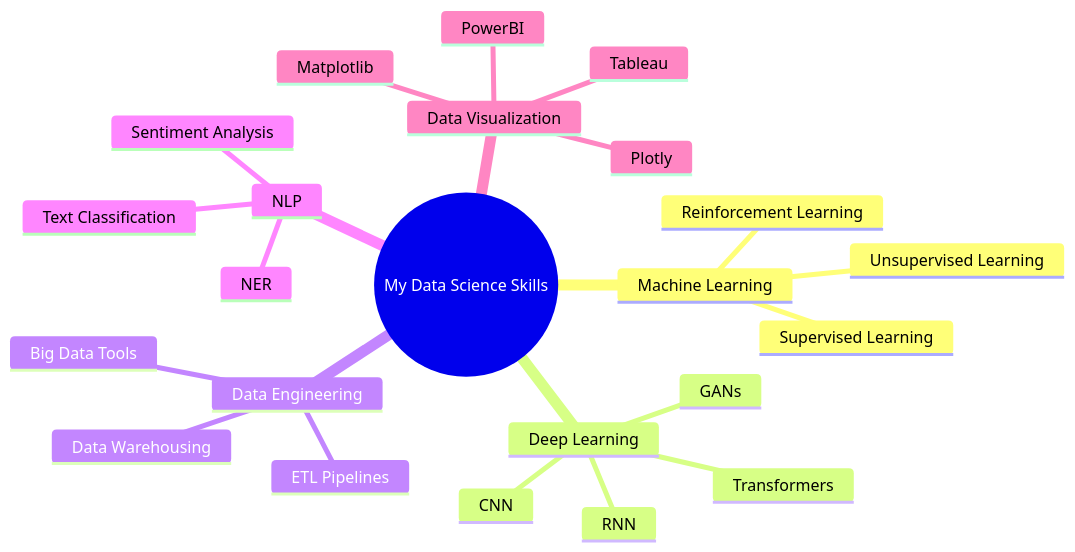
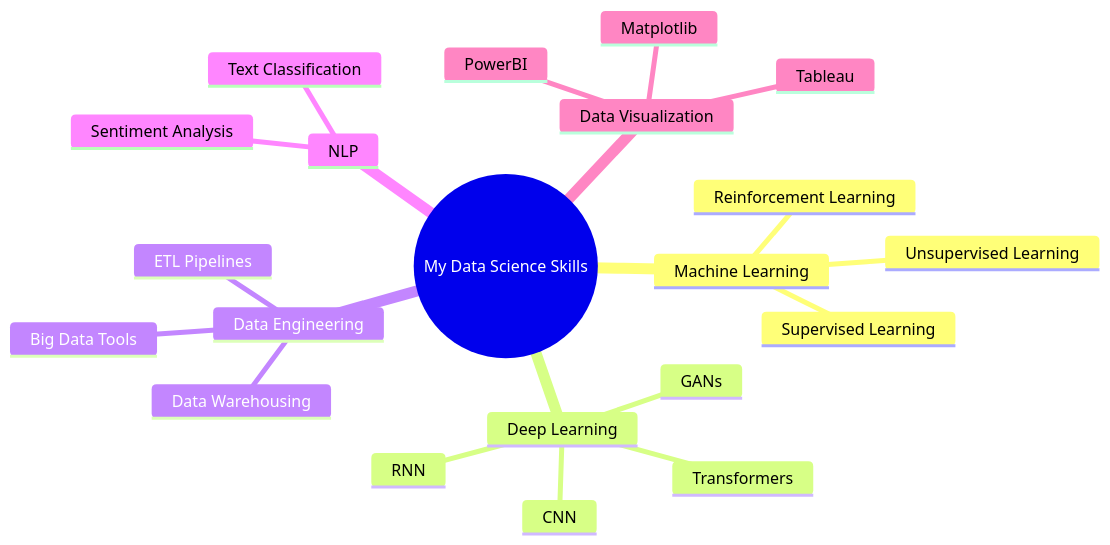
Before and after one commit to sarfraspc/sarfraspc: the diagram in README.md, drawn with Mermaid. The commit also changed other lines of this file, not shown here.

````diff
--- a/README.md
+++ b/README.md
@@ -83,26 +83,24 @@
 ```mermaid
 mindmap
   root((My Data Science Skills))
     Machine Learning
       Supervised Learning
       Unsupervised Learning
       Reinforcement Learning
     Deep Learning
       CNN
       RNN
       Transformers
       GANs
     Data Engineering
       ETL Pipelines
       Data Warehousing
       Big Data Tools
     NLP
       Text Classification
       Sentiment Analysis
-      NER
     Data Visualization
       Matplotlib
-      Plotly
       Tableau
       PowerBI
 ```
````
